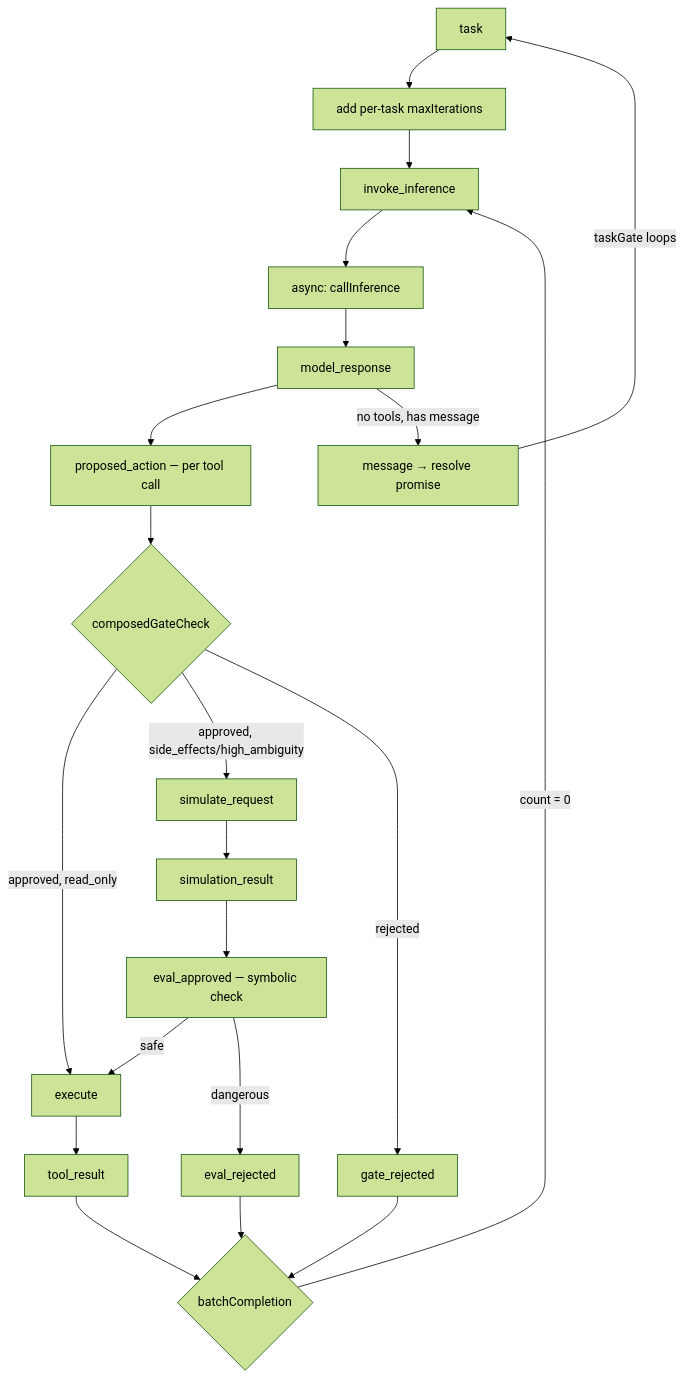
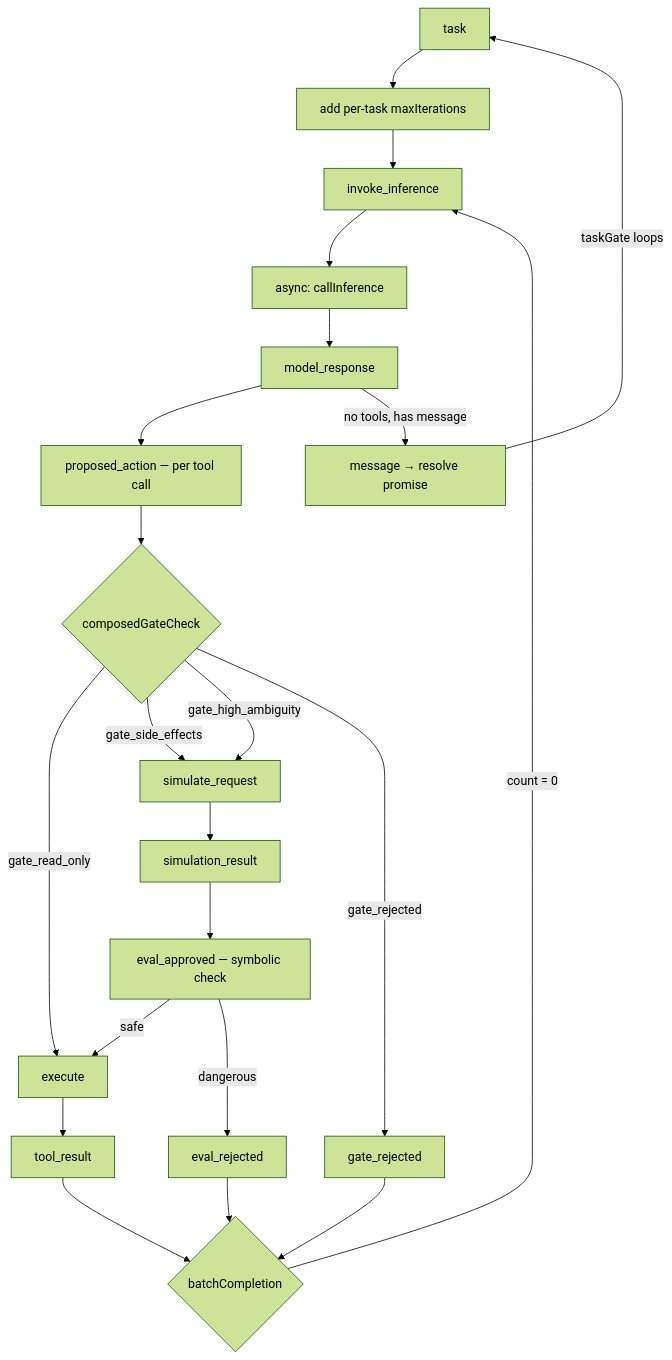
Before and after one commit to plaited/plaited: the diagram in .claude/skills/agent-build/SKILL.md, drawn with Mermaid (forest theme). The commit also changed other lines of this file and 5 other files, not shown here.

````diff
--- a/.claude/skills/agent-build/SKILL.md
+++ b/.claude/skills/agent-build/SKILL.md
@@ -31,23 +31,24 @@
 ```mermaid
 graph TD
     TASK[task] --> DYN[add per-task maxIterations]
     DYN --> INV[invoke_inference]
     INV --> INF[async: callInference]
     INF --> MR[model_response]
     MR --> PA[proposed_action — per tool call]
     PA --> GATE{composedGateCheck}
-    GATE -->|approved, read_only| EXEC[execute]
-    GATE -->|approved, side_effects/high_ambiguity| SIM[simulate_request]
-    GATE -->|rejected| GR[gate_rejected]
+    GATE -->|gate_read_only| EXEC[execute]
+    GATE -->|gate_side_effects| SIM[simulate_request]
+    GATE -->|gate_high_ambiguity| SIM
+    GATE -->|gate_rejected| GR[gate_rejected]
     SIM --> SR[simulation_result]
     SR --> EA_CHECK[eval_approved — symbolic check]
     EA_CHECK -->|safe| EXEC[execute]
     EA_CHECK -->|dangerous| ER[eval_rejected]
     EXEC --> TR[tool_result]
     GR --> BC{batchCompletion}
     ER --> BC
     TR --> BC
     BC -->|count = 0| INV
     MR -->|no tools, has message| MSG[message → resolve promise]
     MSG -->|taskGate loops| TASK
 ```
````
